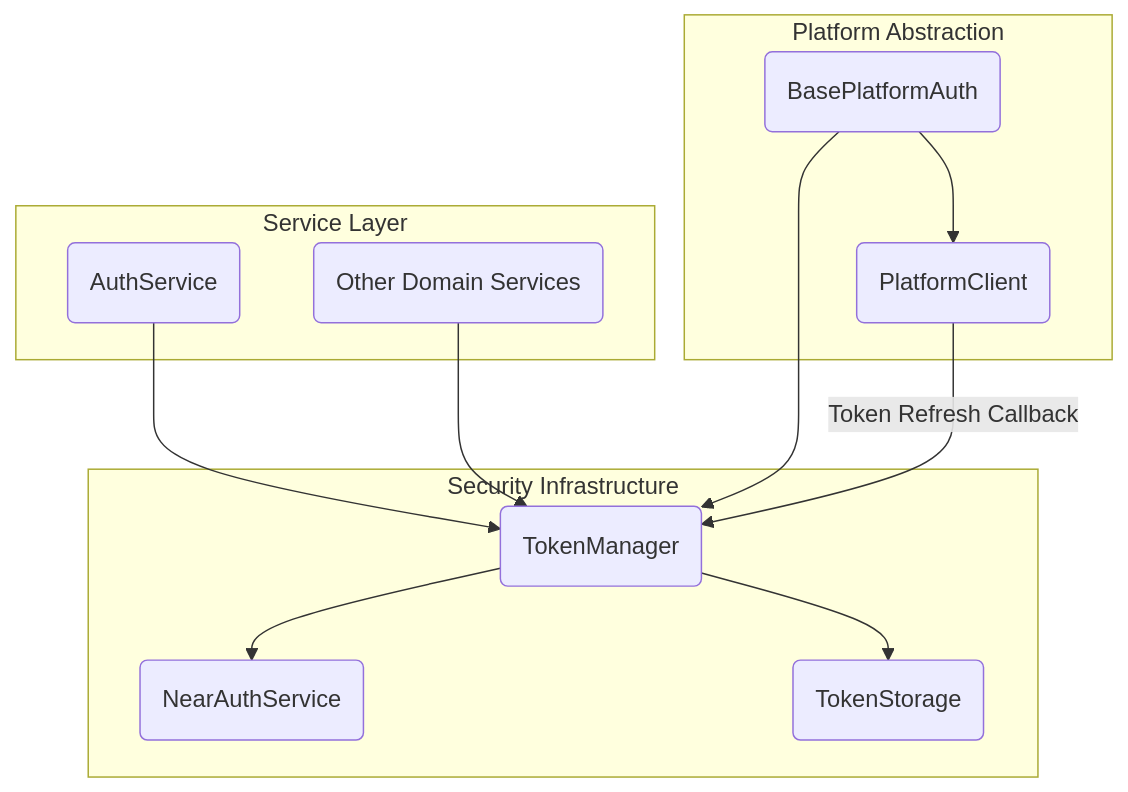
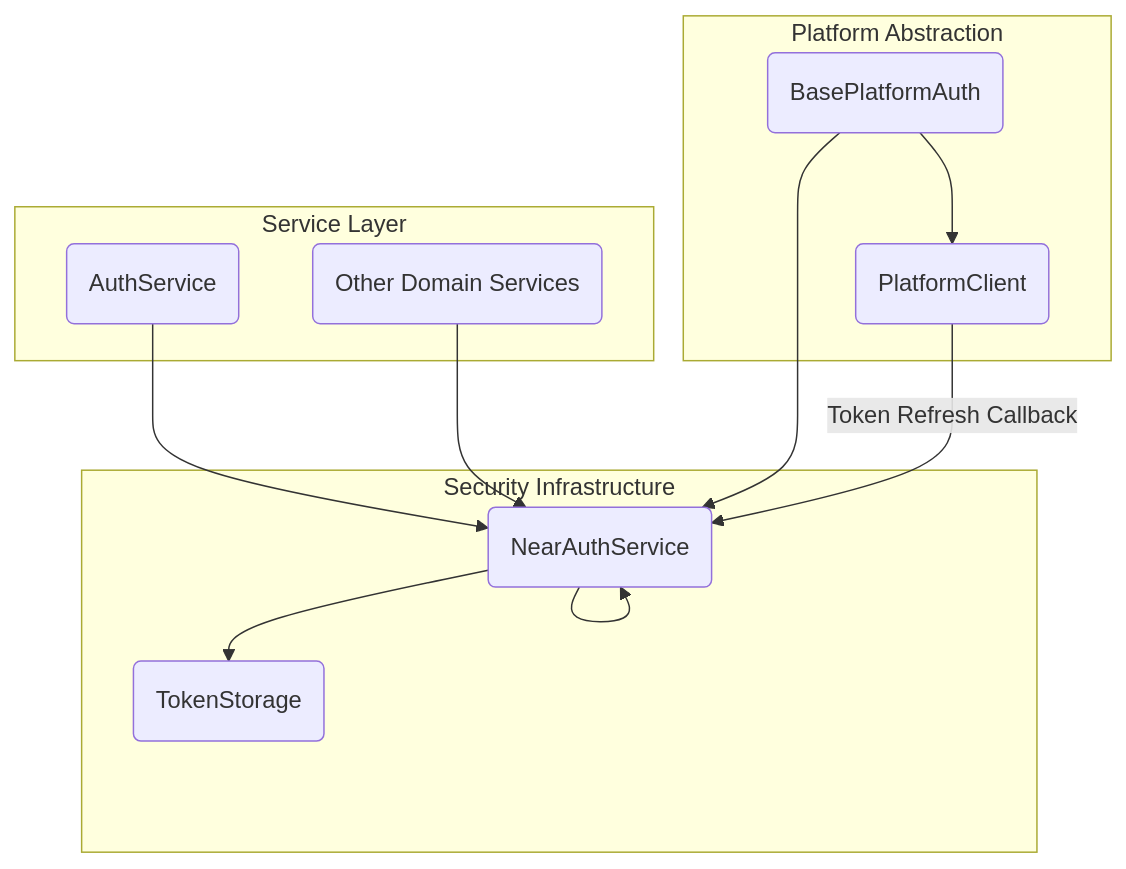
Before and after one commit to open-crosspost/open-crosspost-proxy-service: the fourth of 10 diagrams in memory-bank/systemPatterns.md, drawn with Mermaid. The commit also changed other lines of this file and 77 other files, not shown here.

````diff
--- a/memory-bank/systemPatterns.md
+++ b/memory-bank/systemPatterns.md
@@ -114,28 +116,28 @@
 ```mermaid
 flowchart TD
     subgraph "Service Layer"
         AuthService(AuthService)
         OtherServices(Other Domain Services)
     end
 
     subgraph "Platform Abstraction"
         BasePlatformAuth(BasePlatformAuth)
         PlatformClient(PlatformClient)
     end
 
     subgraph "Security Infrastructure"
-        TokenManager(TokenManager)
+        NearAuthService(NearAuthService)
         NearAuthService(NearAuthService)
         TokenStorage(TokenStorage)
     end
 
-    AuthService --> TokenManager
-    OtherServices --> TokenManager
-    BasePlatformAuth --> TokenManager
+    AuthService --> NearAuthService
+    OtherServices --> NearAuthService
+    BasePlatformAuth --> NearAuthService
     BasePlatformAuth --> PlatformClient
 
-    TokenManager --> NearAuthService
-    TokenManager --> TokenStorage
+    NearAuthService --> NearAuthService
+    NearAuthService --> TokenStorage
 
-    PlatformClient -- Token Refresh Callback --> TokenManager
+    PlatformClient -- Token Refresh Callback --> NearAuthService
 ```
````
